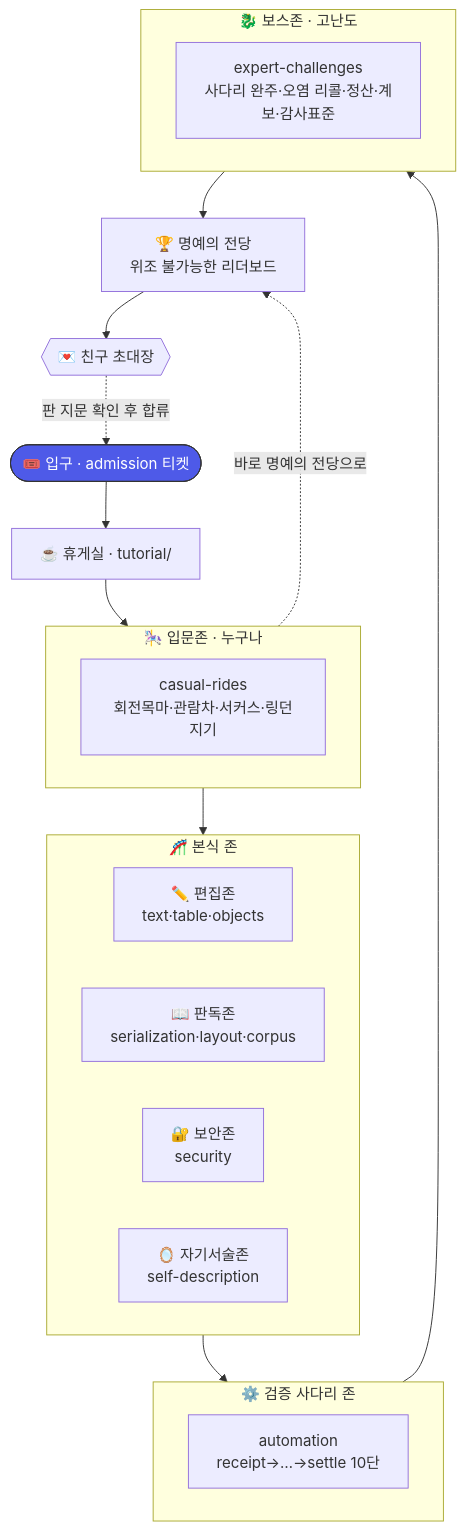
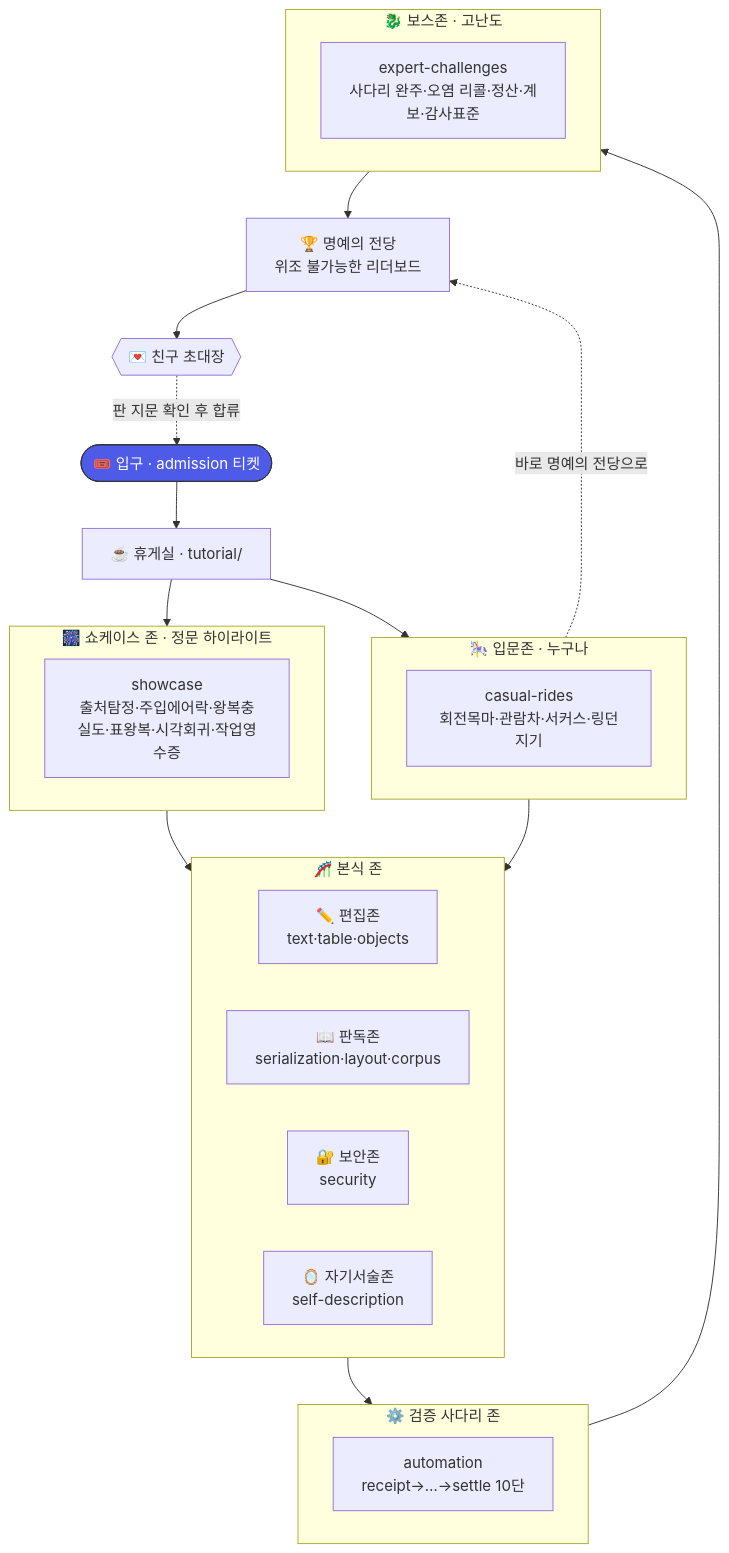
The diagram in gym/PARK.md (edwardkim/rhwp), drawn with Mermaid before and after one commit. The commit also changed other lines of this file and 15 other files, not shown here.

````diff
--- a/gym/PARK.md
+++ b/gym/PARK.md
@@ -10,35 +10,41 @@
 ```mermaid
 flowchart TD
     ENT([🎟️ 입구 · admission 티켓]):::gate --> LOUNGE[☕ 휴게실 · tutorial/]
+    LOUNGE --> SHOW
     LOUNGE --> KIDDIE
+
+    subgraph SHOW[🎆 쇼케이스 존 · 정문 하이라이트]
+      SP[showcase<br/>출처탐정·주입에어락·왕복충실도·표왕복·시각회귀·작업영수증]
+    end
+    SHOW --> MID
 
     subgraph KIDDIE[🎠 입문존 · 누구나]
       CR[casual-rides<br/>회전목마·관람차·서커스·링던지기]
     end
 
     KIDDIE --> MID
     subgraph MID[🎢 본식 존]
       direction LR
       EDIT[✏️ 편집존<br/>text·table·objects]
       READ[📖 판독존<br/>serialization·layout·corpus]
       SEC[🔐 보안존<br/>security]
       SELF[🪞 자기서술존<br/>self-description]
     end
 
     MID --> AUTO
     subgraph AUTO[⚙️ 검증 사다리 존]
       LADDER[automation<br/>receipt→…→settle 10단]
     end
 
     AUTO --> BOSS
     subgraph BOSS[🐉 보스존 · 고난도]
       XC[expert-challenges<br/>사다리 완주·오염 리콜·정산·계보·감사표준]
     end
 
     BOSS --> HALL[🏆 명예의 전당<br/>위조 불가능한 리더보드]
     KIDDIE -.바로 명예의 전당으로.-> HALL
     HALL --> INVITE{{💌 친구 초대장}}
     INVITE -.판 지문 확인 후 합류.-> ENT
 
     classDef gate fill:#4E5AE8,color:#fff,stroke:#333,stroke-width:1px;
 ```
````
